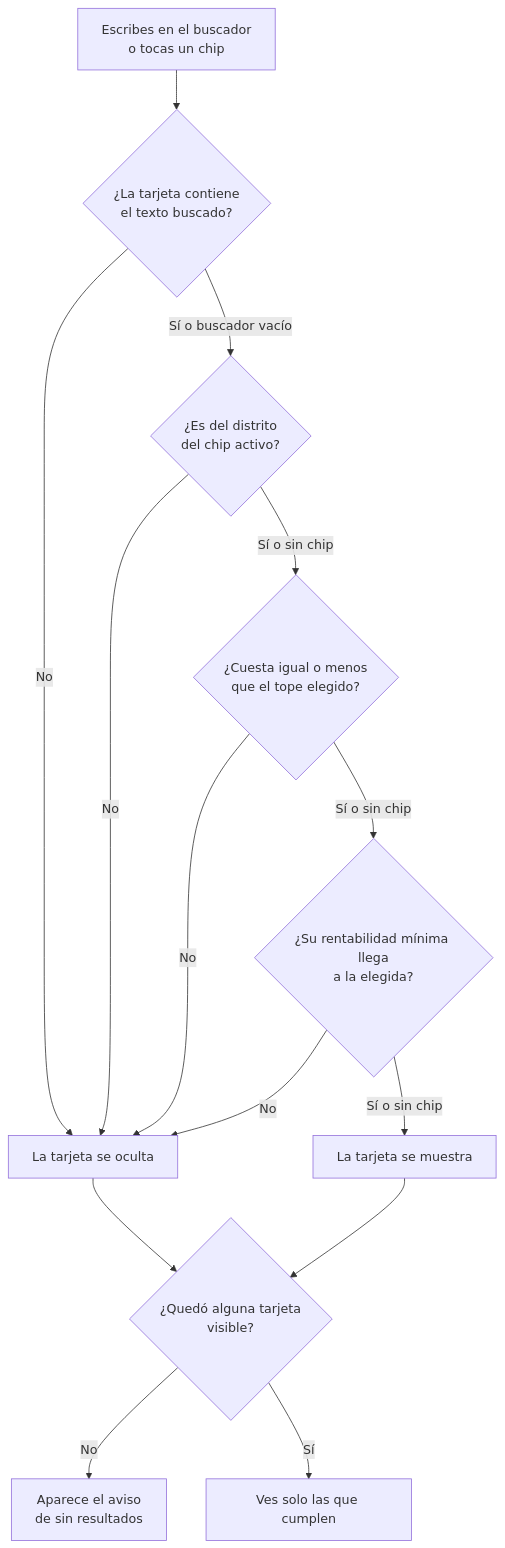
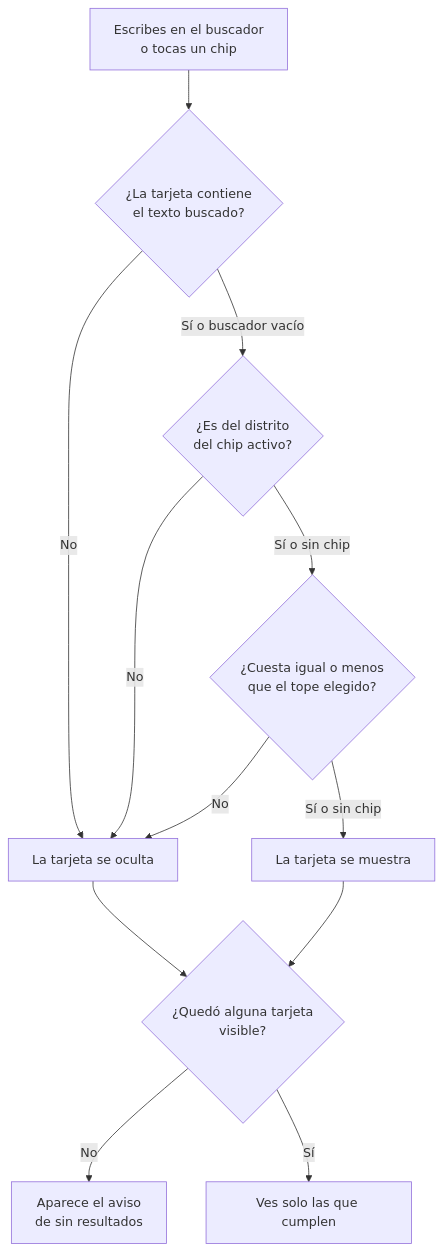
Before and after one commit to samirharrytl/DHC_landing: the fourth of 17 diagrams in docs/plataforma/09-manual-funcional.md, drawn with Mermaid. The commit also changed other lines of this file and 72 other files, not shown here.

````diff
--- a/docs/plataforma/09-manual-funcional.md
+++ b/docs/plataforma/09-manual-funcional.md
@@ -673,16 +670,14 @@
 ```mermaid
 flowchart TD
     inicio["Escribes en el buscador<br/>o tocas un chip"] --> texto{"¿La tarjeta contiene<br/>el texto buscado?"}
     texto -->|"No"| oculta["La tarjeta se oculta"]
     texto -->|"Sí o buscador vacío"| distrito{"¿Es del distrito<br/>del chip activo?"}
     distrito -->|"No"| oculta
     distrito -->|"Sí o sin chip"| precio{"¿Cuesta igual o menos<br/>que el tope elegido?"}
     precio -->|"No"| oculta
-    precio -->|"Sí o sin chip"| renta{"¿Su rentabilidad mínima llega<br/>a la elegida?"}
-    renta -->|"No"| oculta
-    renta -->|"Sí o sin chip"| muestra["La tarjeta se muestra"]
+    precio -->|"Sí o sin chip"| muestra["La tarjeta se muestra"]
     oculta --> todas{"¿Quedó alguna tarjeta<br/>visible?"}
     muestra --> todas
     todas -->|"No"| vacio["Aparece el aviso<br/>de sin resultados"]
     todas -->|"Sí"| lista["Ves solo las que cumplen"]
 ```
````
